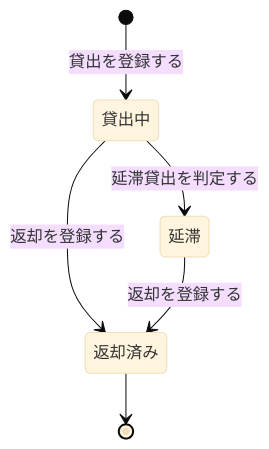
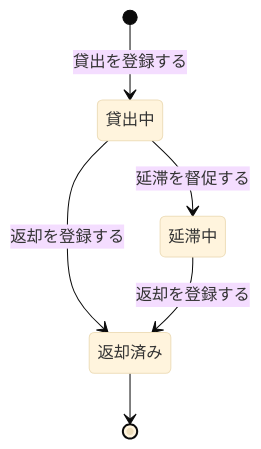
One commit to suwa-sh/suwa-sh-claude-plugins changed the second of 4 diagrams in samples/distillery2/library-loan/docs/requirements/rdra/views/06_状態モデル.md. Above: the diagram before and after it, drawn with Mermaid (base theme). The commit also changed other lines of this file and 249 other files, not shown here.

````diff
--- a/samples/distillery2/library-loan/docs/requirements/rdra/views/06_状態モデル.md
+++ b/samples/distillery2/library-loan/docs/requirements/rdra/views/06_状態モデル.md
@@ -40,11 +36,11 @@
 ```mermaid
 stateDiagram-v2
   s1 : 貸出中
-  s2 : 延滞
-  s3 : 返却済み
+  s2 : 返却済み
+  s3 : 延滞中
   [*] --> s1 : 貸出を登録する
-  s1 --> s2 : 延滞貸出を判定する
-  s1 --> s3 : 返却を登録する
-  s2 --> s3 : 返却を登録する
-  s3 --> [*]
+  s1 --> s2 : 返却を登録する
+  s1 --> s3 : 延滞を督促する
+  s3 --> s2 : 返却を登録する
+  s2 --> [*]
 ```
````
